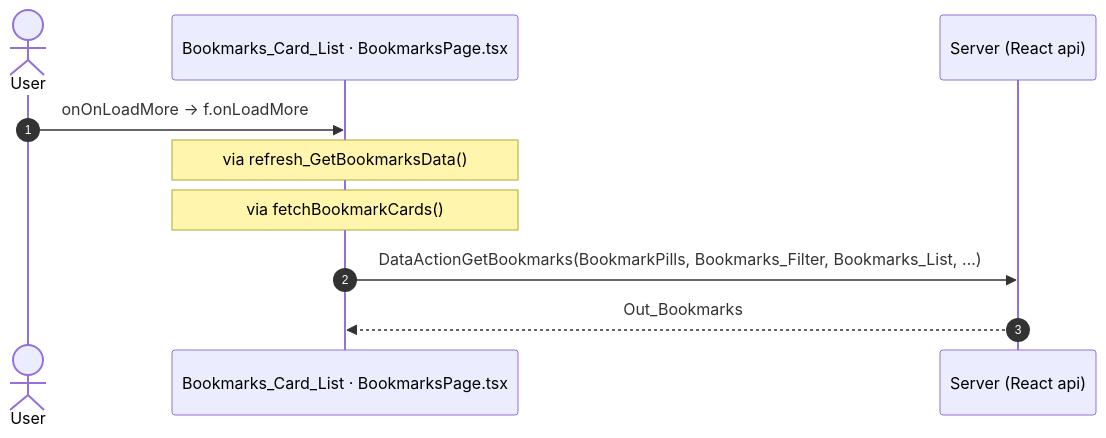
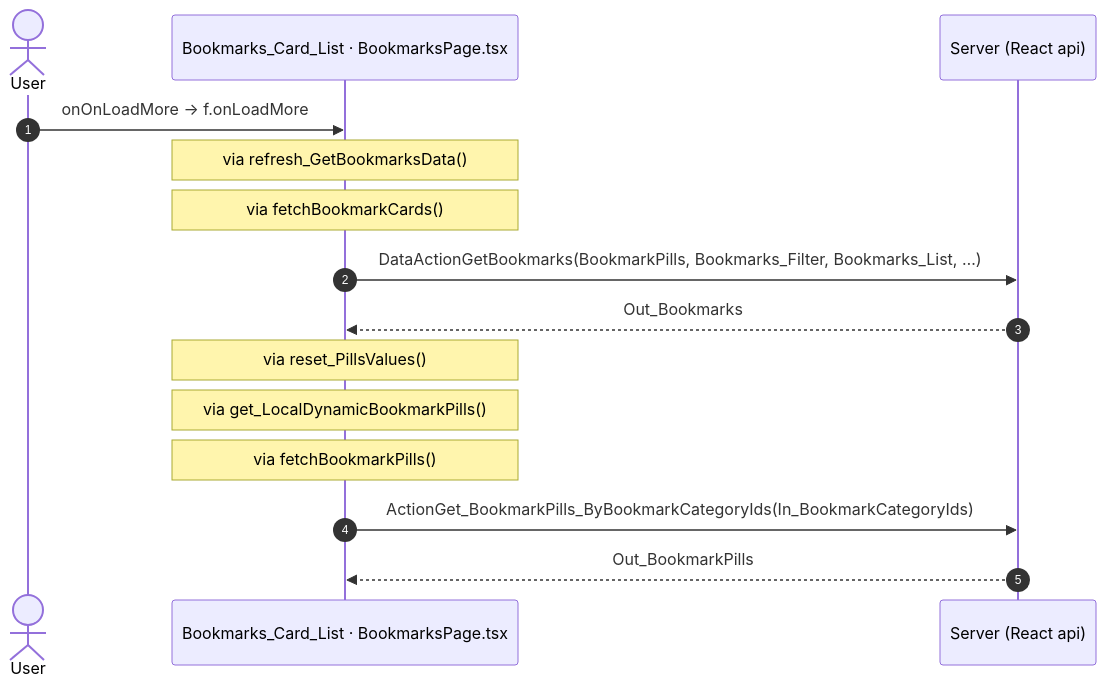
Diagram 26 of 50 in route-actions/routes/Bookmarks.md (Phoenix-DX/connect-new-ui), drawn with Mermaid before and after one commit. The commit also changed other lines of this file and 9 other files, not shown here.

````diff
--- a/route-actions/routes/Bookmarks.md
+++ b/route-actions/routes/Bookmarks.md
@@ -496,12 +496,17 @@
 ```mermaid
 sequenceDiagram
   autonumber
   actor U as User
   participant H as Bookmarks_Card_List · BookmarksPage.tsx
   participant A as Server (React api)
   U->>H: onOnLoadMore → f.onLoadMore
   Note over H: via refresh_GetBookmarksData()
   Note over H: via fetchBookmarkCards()
   H->>A: DataActionGetBookmarks(BookmarkPills, Bookmarks_Filter, Bookmarks_List, …)
   A-->>H: Out_Bookmarks
+  Note over H: via reset_PillsValues()
+  Note over H: via get_LocalDynamicBookmarkPills()
+  Note over H: via fetchBookmarkPills()
+  H->>A: ActionGet_BookmarkPills_ByBookmarkCategoryIds(In_BookmarkCategoryIds)
+  A-->>H: Out_BookmarkPills
 ```
````
